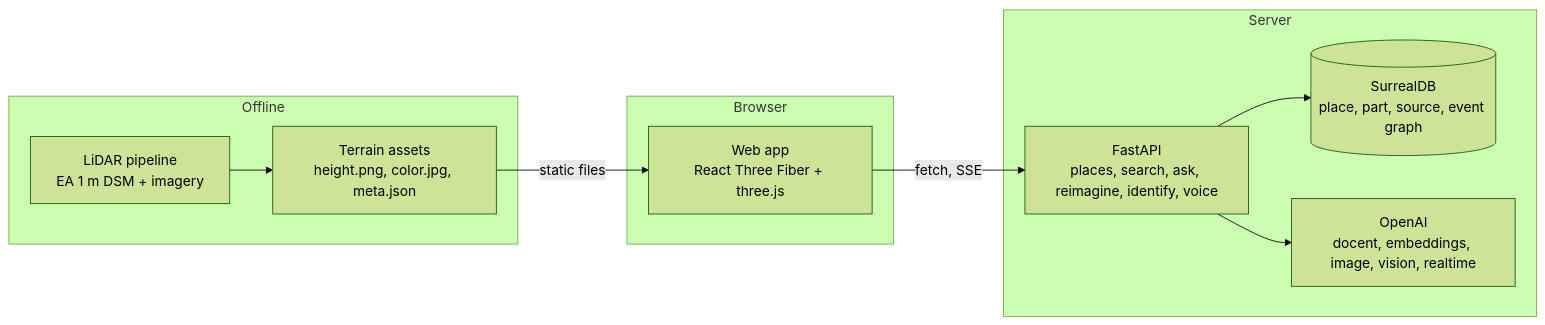
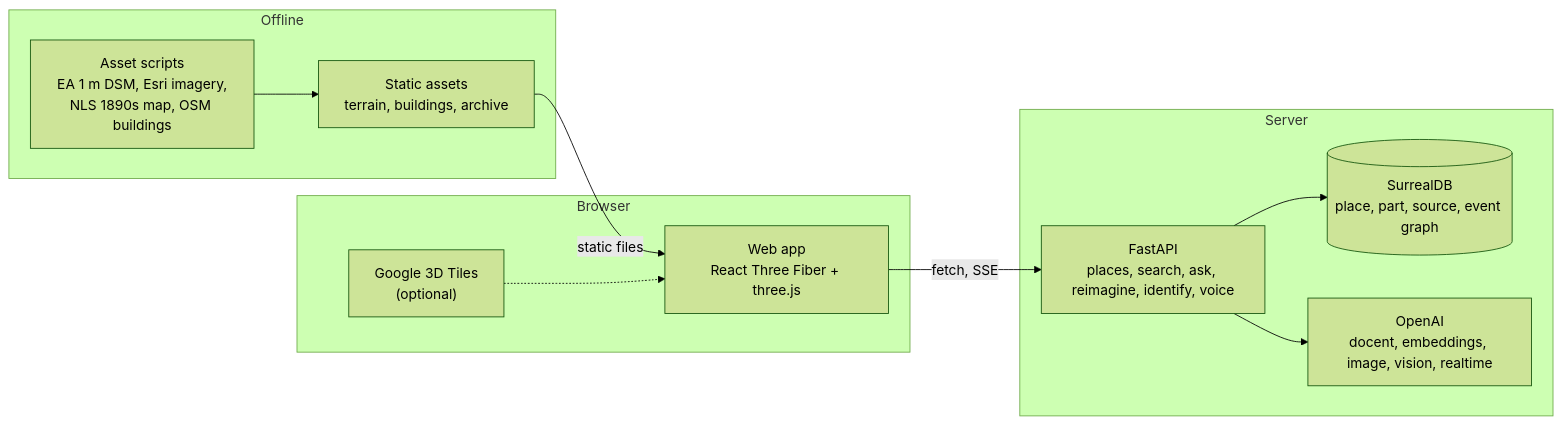
Before and after one commit to atiladeokegab/strata: the diagram in README.md, drawn with Mermaid (forest theme). The commit also changed other lines of this file and 8 other files, not shown here.

Commit message:
README and notices match the app: light theme screenshots, the 60 s story, the 1890 bare-earth map, buildings and Google tiles live, docent facts; a source and licence for every asset

````diff
--- a/README.md
+++ b/README.md
@@ -139,20 +140,22 @@
 ```mermaid
 flowchart LR
   subgraph Browser
     W["Web app<br/>React Three Fiber + three.js"]
+    GT["Google 3D Tiles<br/>(optional)"]
   end
   subgraph Server
     A["FastAPI<br/>places, search, ask, reimagine, identify, voice"]
     G[("SurrealDB<br/>place, part, source, event graph")]
     O["OpenAI<br/>docent, embeddings, image, vision, realtime"]
   end
   subgraph Offline
-    L["LiDAR pipeline<br/>EA 1 m DSM + imagery"]
-    T["Terrain assets<br/>height.png, color.jpg, meta.json"]
+    L["Asset scripts<br/>EA 1 m DSM, Esri imagery,<br/>NLS 1890s map, OSM buildings"]
+    T["Static assets<br/>terrain, buildings, archive"]
   end
   W -->|fetch, SSE| A
   A --> G
   A --> O
   L --> T
   T -->|static files| W
+  GT -.-> W
 ```
````
